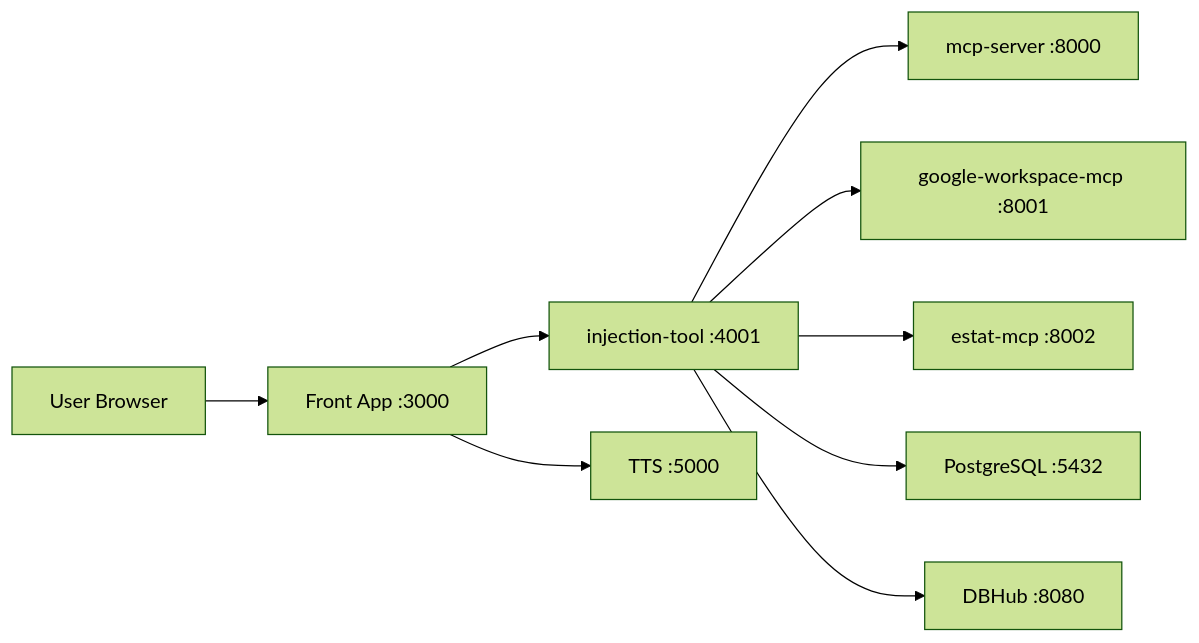
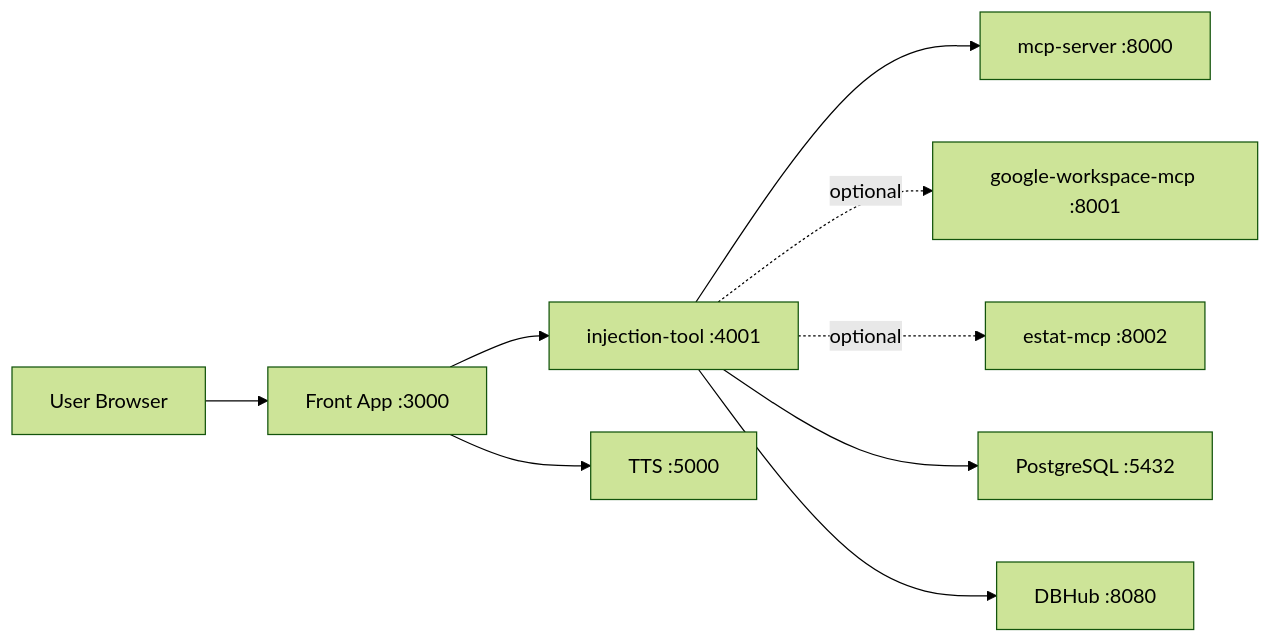
The diagram in docs/02_ARCHITECTURE_AND_DATAFLOW_JA.md (nftdrive01-maker/ark-injection-ai-system), drawn with Mermaid (forest theme) before and after one commit. The commit also changed other lines of this file and 17 other files, not shown here.

Commit message:
Add workspace bootstrap and optional MCP profiles

````diff
--- a/docs/02_ARCHITECTURE_AND_DATAFLOW_JA.md
+++ b/docs/02_ARCHITECTURE_AND_DATAFLOW_JA.md
@@ -7,11 +9,11 @@
 ```mermaid
 flowchart LR
   U[User Browser] --> A[Front App :3000]
   A --> I[injection-tool :4001]
   A --> T[TTS :5000]
   I --> M[mcp-server :8000]
-  I --> G[google-workspace-mcp :8001]
-  I --> E[estat-mcp :8002]
+  I -. optional .-> G[google-workspace-mcp :8001]
+  I -. optional .-> E[estat-mcp :8002]
   I --> D[PostgreSQL :5432]
   I --> H[DBHub :8080]
 ```
````
